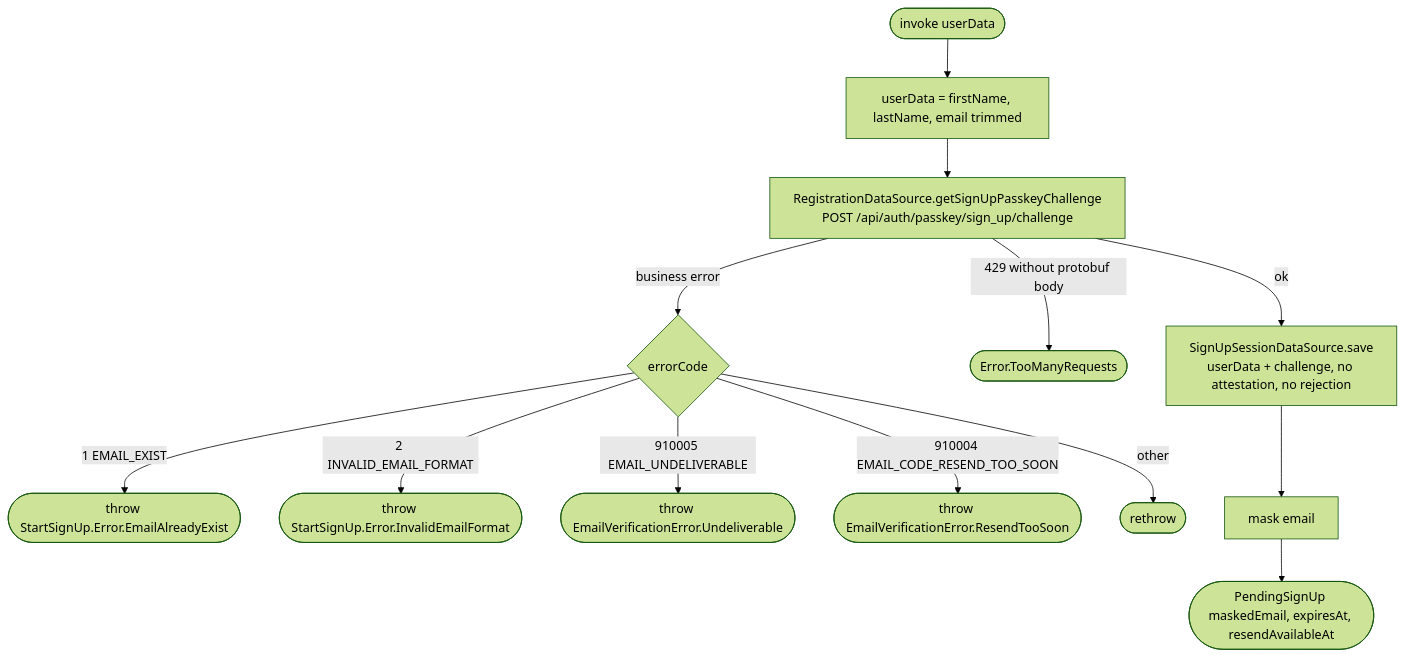
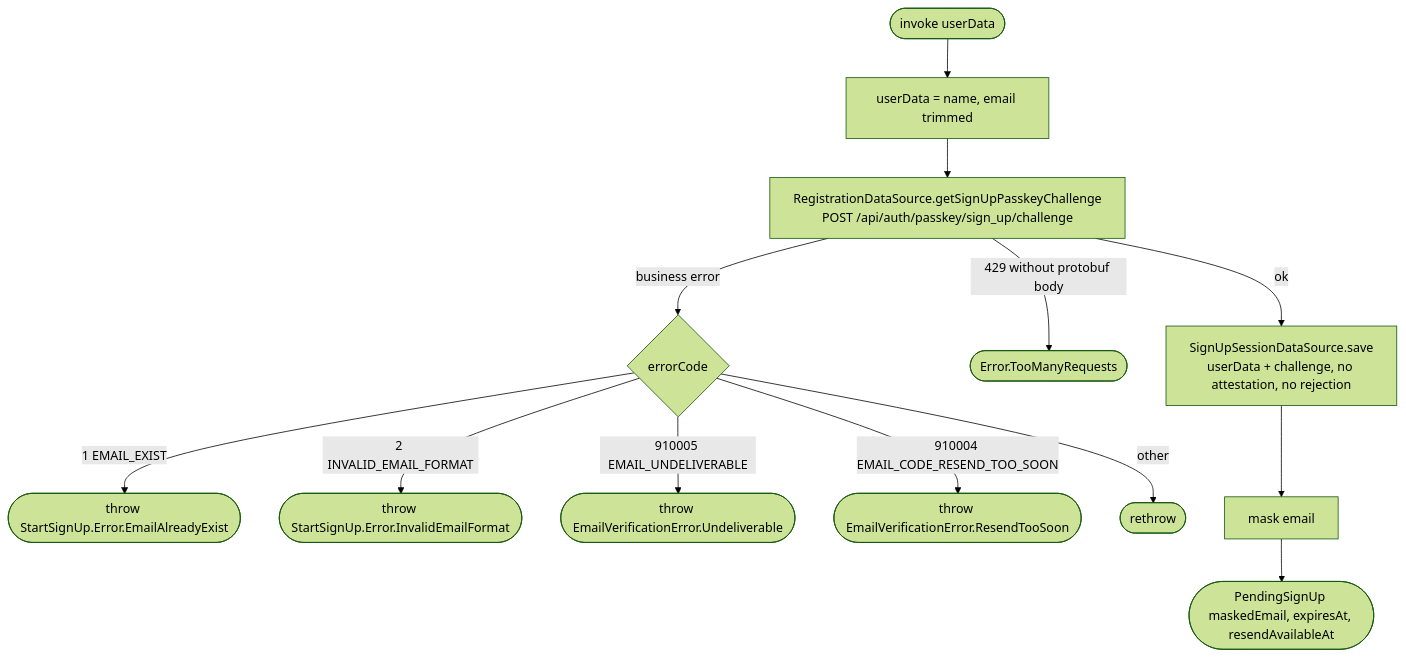
Before and after one commit to nocturneproperties/bookkme-client: the diagram in docs/operations/authorization/start-sign-up.md, drawn with Mermaid (forest theme). The commit also changed other lines of this file and 27 other files, not shown here.

````diff
--- a/docs/operations/authorization/start-sign-up.md
+++ b/docs/operations/authorization/start-sign-up.md
@@ -24,15 +26,15 @@
 ```mermaid
 flowchart TD
-    Start([invoke userData]) --> Trim[userData = firstName, lastName, email trimmed]
+    Start([invoke userData]) --> Trim[userData = name, email trimmed]
     Trim --> Ch[RegistrationDataSource.getSignUpPasskeyChallenge<br/>POST /api/auth/passkey/sign_up/challenge]
     Ch -- business error --> ChC{errorCode}
     ChC -- 1 EMAIL_EXIST --> E1([throw StartSignUp.Error.EmailAlreadyExist])
     ChC -- 2 INVALID_EMAIL_FORMAT --> E2([throw StartSignUp.Error.InvalidEmailFormat])
     ChC -- 910005 EMAIL_UNDELIVERABLE --> E3([throw EmailVerificationError.Undeliverable])
     ChC -- 910004 EMAIL_CODE_RESEND_TOO_SOON --> E4([throw EmailVerificationError.ResendTooSoon])
     ChC -- other --> EX([rethrow])
     Ch -- 429 without protobuf body --> TM([Error.TooManyRequests])
     Ch -- ok --> Save[SignUpSessionDataSource.save<br/>userData + challenge, no attestation, no rejection]
     Save --> Mask[mask email]
     Mask --> R([PendingSignUp maskedEmail, expiresAt, resendAvailableAt])
 ```
````
